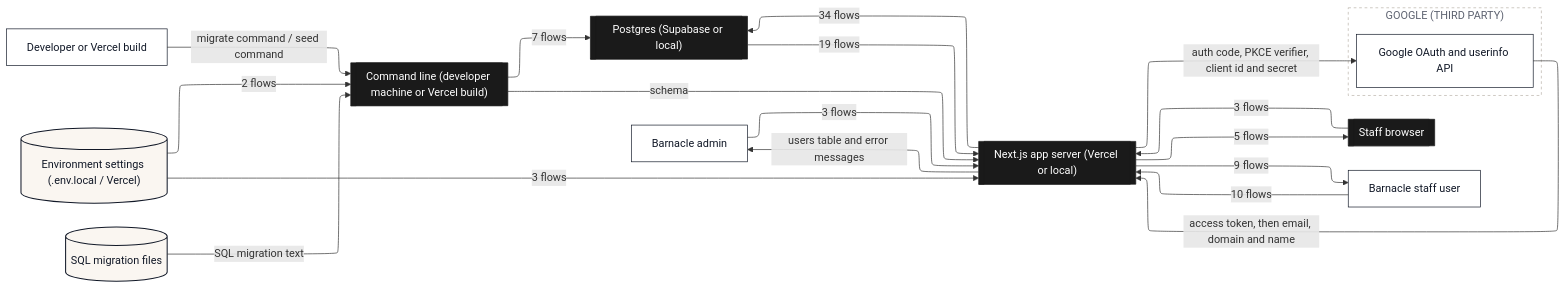
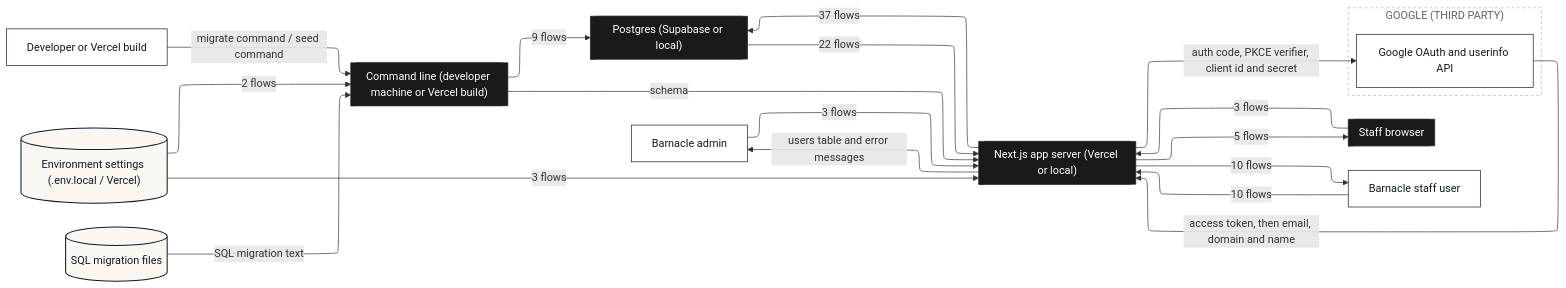
The second of 10 diagrams in dataflow/DATAFLOW.md (Romain-Perche/Barnacle-Pipe), drawn with Mermaid before and after one commit. The commit also changed other lines of this file and 14 other files, not shown here.

````diff
--- a/dataflow/DATAFLOW.md
+++ b/dataflow/DATAFLOW.md
@@ -93,45 +94,45 @@
 ```mermaid
 ---
 config:
   layout: elk
 ---
 flowchart LR
     n1[["Next.js app server (Vercel or local)"]]
     n2[["Staff browser"]]
     n3[["Command line (developer machine or Vercel build)"]]
     n4[["Postgres (Supabase or local)"]]
     n5["Barnacle admin"]
     n6["Developer or Vercel build"]
     n7[("Environment settings (.env.local / Vercel)")]
     n8[("SQL migration files")]
     n9["Barnacle staff user"]
     subgraph z1["GOOGLE (THIRD PARTY)"]
         n10["Google OAuth and userinfo API"]
     end
     n5 -->|"3 flows"| n1
-    n1 -->|"9 flows"| n9
+    n1 -->|"10 flows"| n9
     n2 -->|"3 flows"| n1
-    n1 -->|"34 flows"| n4
-    n4 -->|"19 flows"| n1
+    n1 -->|"37 flows"| n4
+    n4 -->|"22 flows"| n1
     n6 -->|"migrate command / seed command"| n3
     n7 -->|"3 flows"| n1
     n7 -->|"2 flows"| n3
     n1 -->|"5 flows"| n2
     n1 -->|"auth code, PKCE verifier, client id and secret"| n10
     n10 -->|"access token, then email, domain and name"| n1
-    n3 -->|"7 flows"| n4
+    n3 -->|"9 flows"| n4
     n3 -->|"schema"| n1
     n8 -->|"SQL migration text"| n3
     n9 -->|"10 flows"| n1
     n1 -->|"users table and error messages"| n5
     classDef actor fill:#FFFFFF,stroke:#111827,stroke-width:1px,color:#111827
     classDef process fill:#EDEAFF,stroke:#2B00FF,stroke-width:1.5px,color:#111827
     classDef store fill:#FAF6F1,stroke:#111827,stroke-width:1.5px,color:#111827
     classDef zone fill:#1A1A1A,stroke:#1A1A1A,color:#FFFFFF
     classDef group fill:#2B00FF,stroke:#2B00FF,color:#FFFFFF
     classDef stub fill:#FFFFFF,stroke:#2B00FF,stroke-width:1.5px,stroke-dasharray:5 4,color:#2B00FF
     class n5,n6,n9,n10 actor
     class n7,n8 store
     class n1,n2,n3,n4 zone
     style z1 fill:#FFFFFF,stroke:#B9B2A8,stroke-dasharray:4 4,color:#5D6270
 ```
````
